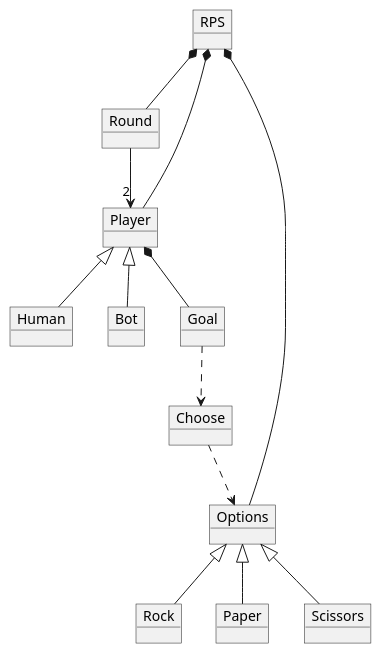
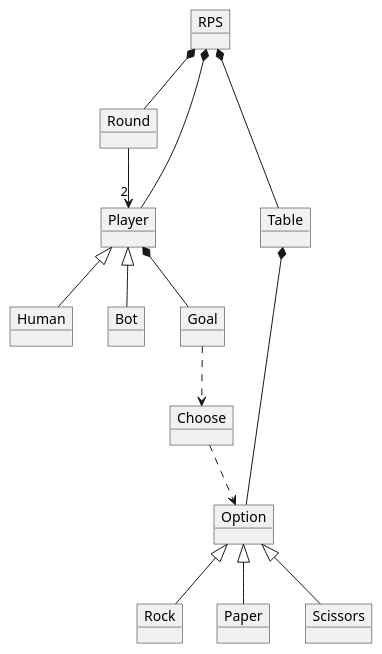
The diagram in DomainDiagram_Rock_Paper_Scissors.wsd (ManuelQHernandez/Rock_Paper_Scissors_Game), drawn with PlantUML before and after one commit.

Commit message:
Table was added

```diff
--- a/DomainDiagram_Rock_Paper_Scissors.wsd
+++ b/DomainDiagram_Rock_Paper_Scissors.wsd
@@ -1,34 +1,35 @@
 @startuml VocabularyMain
 
 object RPS
 object Round
 object Player
 object Human
 object Bot
 object Goal
 object Choose
-object Options
+object Option
 object Rock
 object Paper
 object Scissors
-
+object Table
 
 RPS *-- Round
 RPS *--Player
+RPS *-- Table
 
 Player <|-- Human
 Player <|-- Bot
 Player *-- Goal
 
-Options <|-- Rock
-Options <|-- Paper
-Options <|-- Scissors
+Option <|-- Rock
+Option <|-- Paper
+Option <|-- Scissors
 
 Goal ..> Choose 
-Choose ..> Options
+Choose ..> Option
 
-RPS *-- Options
+Table *-- Option
 
 Round -->"2" Player
 
 @enduml
```
